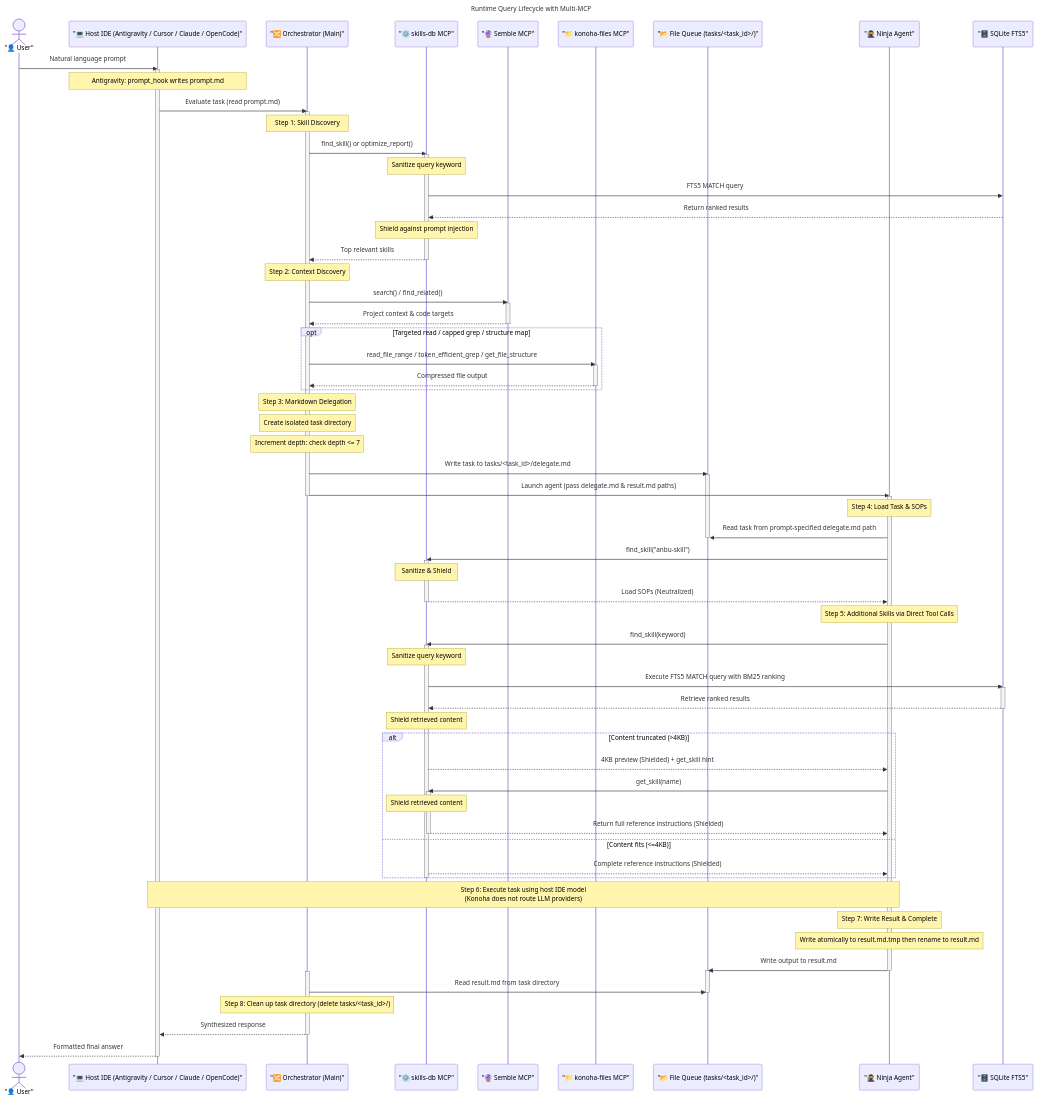
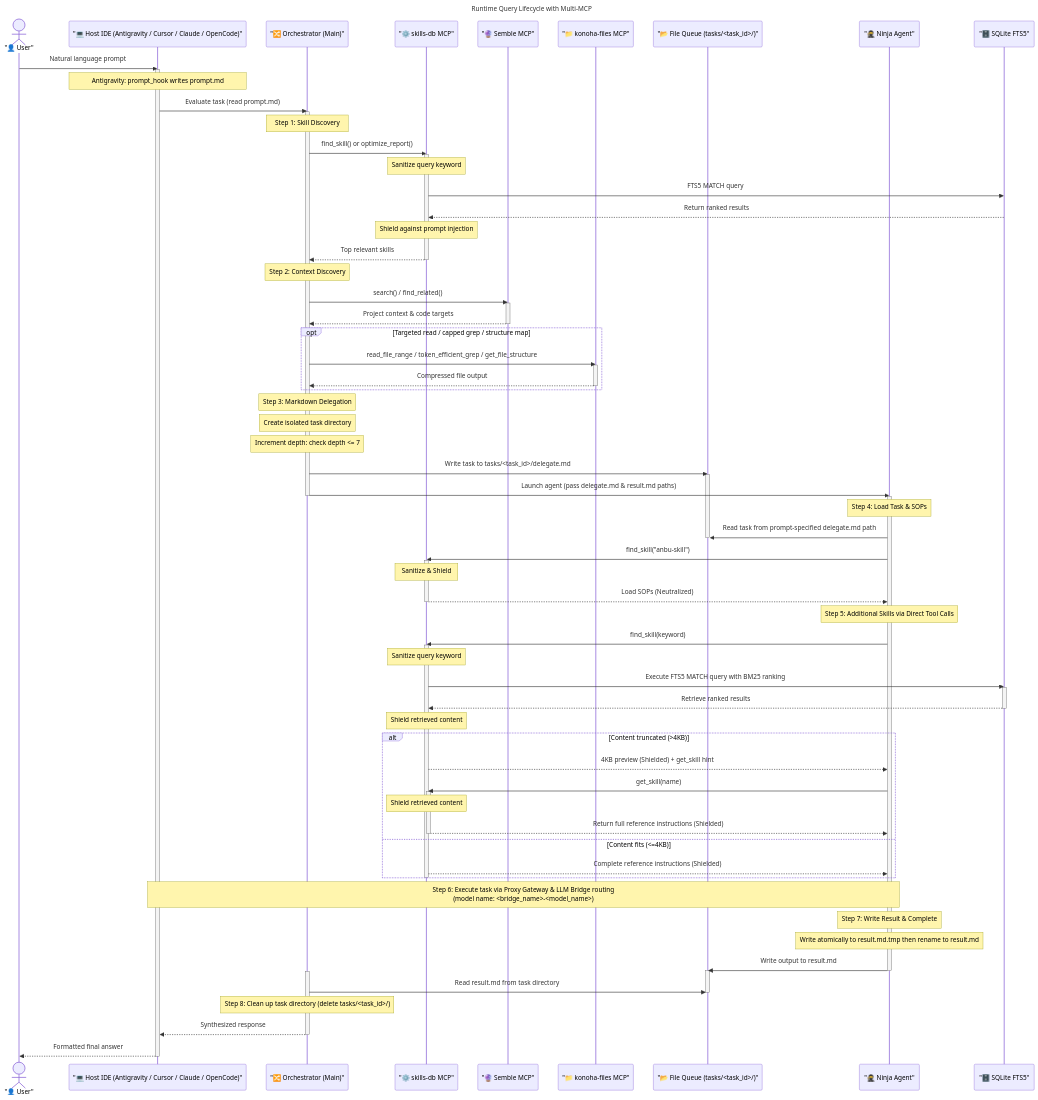
One commit to andycungkrinx91/konoha changed the second of 2 diagrams in docs/ARCHITECTURE.md. Above: the diagram before and after it, drawn with Mermaid. The commit also changed other lines of this file and 44 other files, not shown here.

Commit message:
add gateway bridge and fixing bug claude

```diff
--- a/docs/ARCHITECTURE.md
+++ b/docs/ARCHITECTURE.md
@@ -233,7 +233,7 @@
     end
     deactivate SkillsDB
 
-    Note over Agent,IDE: Step 6: Execute task using host IDE model<br>(Konoha does not route LLM providers)
+    Note over Agent,IDE: Step 6: Execute task via Proxy Gateway & LLM Bridge routing<br>(model name: <bridge_name>-<model_name>)
 
     %% --- Response Phase ---
     Note over Agent: Step 7: Write Result & Complete
```
